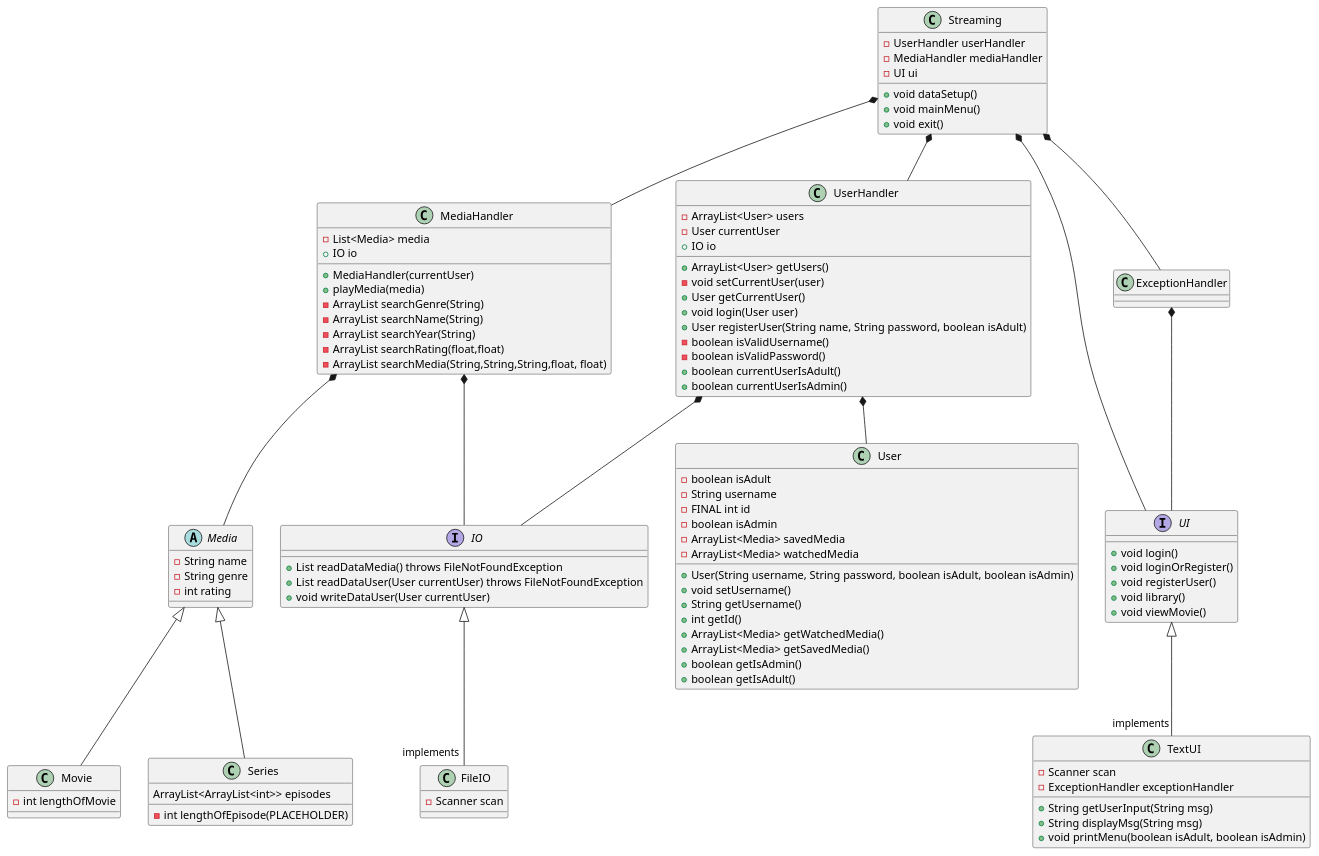
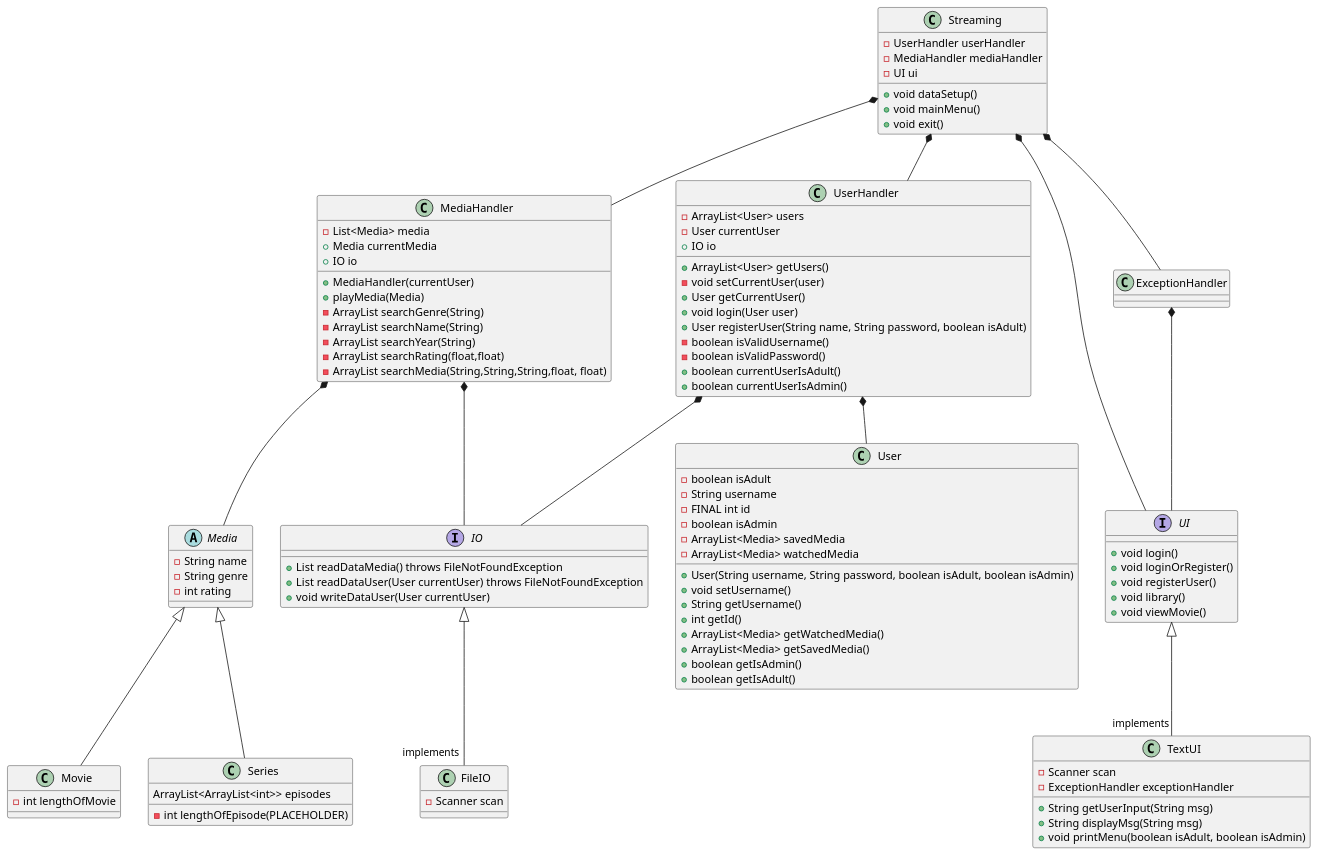
One commit to Ghostz-Games/SP3---Streamingtjeneste---Gruppe-B---2023 changed the diagram in SP3 - Streaming Tjeneste/Documentation/ClassDiagram.puml. Above: the diagram before and after it, drawn with PlantUML.

```diff
--- a/SP3 - Streaming Tjeneste/Documentation/ClassDiagram.puml
+++ b/SP3 - Streaming Tjeneste/Documentation/ClassDiagram.puml
@@ -1,115 +1,116 @@
 @startuml
 'https://plantuml.com/class-diagram
 
 class Streaming
 class MediaHandler
 abstract class Media
 class Movie
 class Series
 class UserHandler
 class FileIO
 interface IO
 interface UI
 class TextUI
 class ExceptionHandler
 class User
 
 
 
 Streaming *-- UserHandler
 UserHandler *-- User
 Streaming *-- MediaHandler
 MediaHandler *-- Media
 Media <|--  Movie
 Media <|--  Series
 
 IO <|-- "implements" FileIO
 UI <|-- "implements" TextUI
 ExceptionHandler *-- UI
 Streaming *-- ExceptionHandler
 UserHandler *-- IO
 MediaHandler *-- IO
 '''Streaming *-- IO
 Streaming *-- UI
 
 UserHandler : + ArrayList<User> getUsers()
 UserHandler : - void setCurrentUser(user)
 UserHandler : + User getCurrentUser()
 UserHandler : - ArrayList<User> users
 UserHandler : - User currentUser
 UserHandler : + void login(User user)
 UserHandler : + User registerUser(String name, String password, boolean isAdult)
 UserHandler : - boolean isValidUsername()
 UserHandler : - boolean isValidPassword()
 UserHandler : + boolean currentUserIsAdult()
 UserHandler : + boolean currentUserIsAdmin()
 UserHandler : + IO io
 
 User : - boolean isAdult
 User : - String username
 User : - FINAL int id
 User : - boolean isAdmin
 User : - ArrayList<Media> savedMedia
 User : - ArrayList<Media> watchedMedia
 User : + User(String username, String password, boolean isAdult, boolean isAdmin)
 User : + void setUsername()
 User : + String getUsername()
 User : + int getId()
 User : + ArrayList<Media> getWatchedMedia()
 User : + ArrayList<Media> getSavedMedia()
 User : + boolean getIsAdmin()
 User : + boolean getIsAdult()
 
 MediaHandler : +MediaHandler(currentUser)
 MediaHandler : - List<Media> media
-MediaHandler : + playMedia(media)
+MediaHandler : + Media currentMedia
+MediaHandler : + playMedia(Media)
 MediaHandler : + IO io
 
 
 Streaming : - UserHandler userHandler
 Streaming : - MediaHandler mediaHandler
 Streaming : - UI ui
 '''Streaming : - IO io
 Streaming : + void dataSetup()
 Streaming : + void mainMenu()
 Streaming : + void exit()
 
 TextUI : - Scanner scan
 TextUI : + String getUserInput(String msg)
 TextUI : + String displayMsg(String msg)
 TextUI : + void printMenu(boolean isAdult, boolean isAdmin)
 TextUI : - ExceptionHandler exceptionHandler
 
 
 IO : + List readDataMedia() throws FileNotFoundException
 IO : + List readDataUser(User currentUser) throws FileNotFoundException
 IO : + void writeDataUser(User currentUser)
 
 UI : + void login()
 UI : + void loginOrRegister()
 UI : + void registerUser()
 UI : + void library()
 UI : + void viewMovie()
 
 FileIO : - Scanner scan
 
 
 MediaHandler : - ArrayList searchGenre(String)
 MediaHandler : - ArrayList searchName(String)
 MediaHandler : - ArrayList searchYear(String)
 MediaHandler : - ArrayList searchRating(float,float)
 MediaHandler : - ArrayList searchMedia(String,String,String,float, float)
 
 Media : - String name
 Media : - String genre
 Media : - int rating
 
 Series : ArrayList<ArrayList<int>> episodes
 
 Movie : - int lengthOfMovie
 
 Series : - int lengthOfEpisode(PLACEHOLDER)
 
 
 
 @enduml
```
